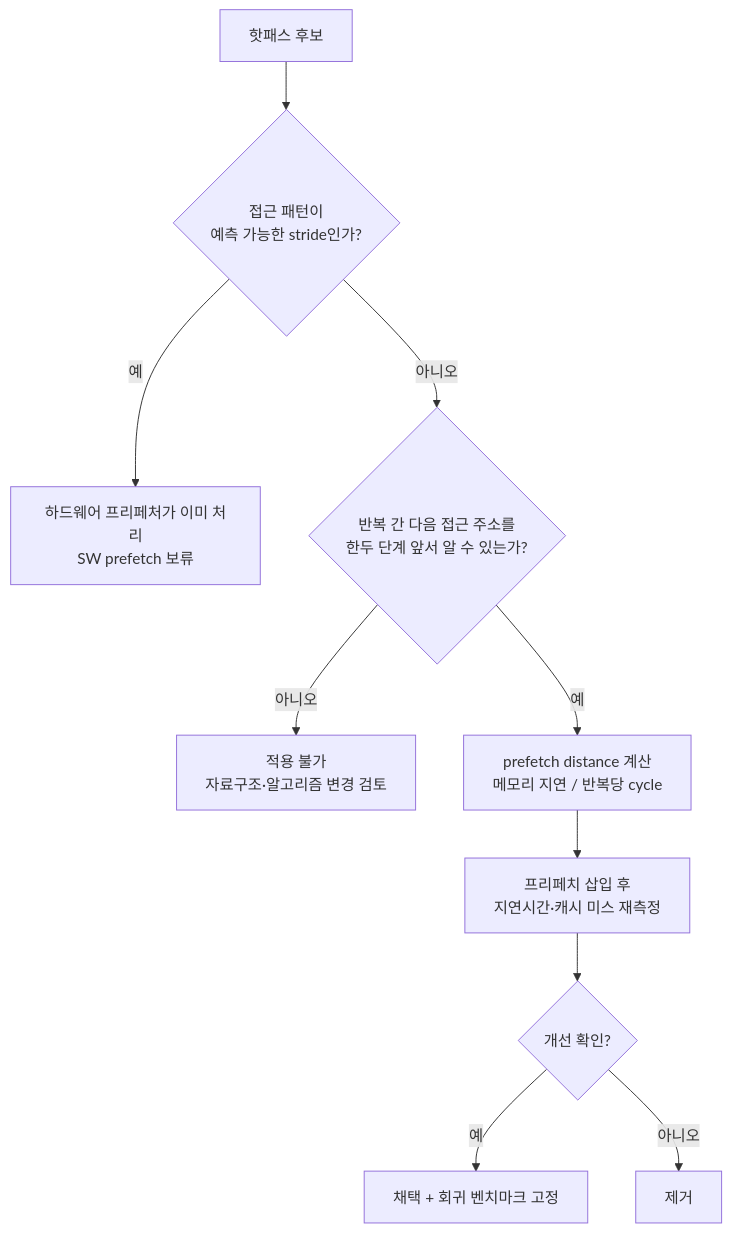
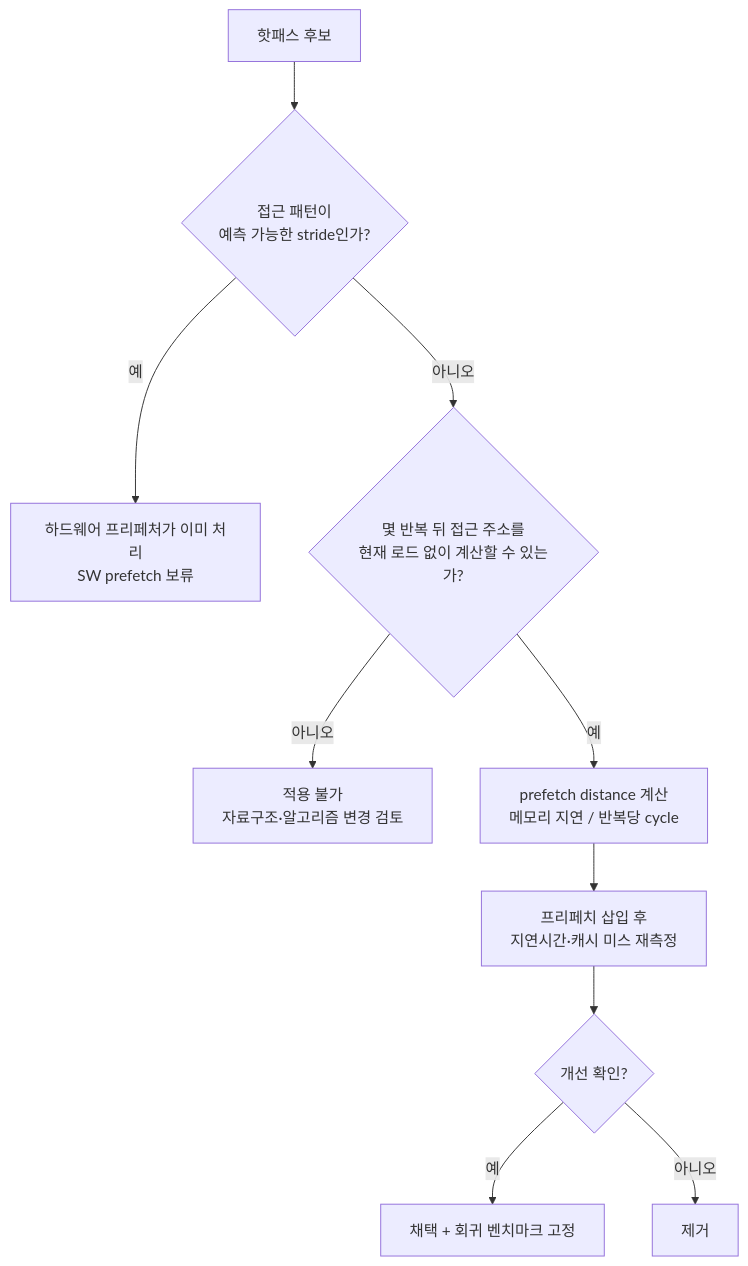
Before and after one commit to 42jerrykim/42jerrykim.github.io: the diagram in content/collection/optimization-08-optimization-techniques/05-prefetch-strategy/index.md, drawn with Mermaid. The commit also changed other lines of this file and 1 other file, not shown here.

````diff
--- a/content/collection/optimization-08-optimization-techniques/05-prefetch-strategy/index.md
+++ b/content/collection/optimization-08-optimization-techniques/05-prefetch-strategy/index.md
@@ -221,12 +193,12 @@
 ```mermaid
 flowchart TD
   start["핫패스 후보"] --> regular{"접근 패턴이</br>예측 가능한 stride인가?"}
   regular -->|"예"| hwCovers["하드웨어 프리페처가 이미 처리</br>SW prefetch 보류"]
-  regular -->|"아니오"| irregular{"반복 간 다음 접근 주소를</br>한두 단계 앞서 알 수 있는가?"}
+  regular -->|"아니오"| irregular{"몇 반복 뒤 접근 주소를</br>현재 로드 없이 계산할 수 있는가?"}
   irregular -->|"아니오"| skip["적용 불가</br>자료구조·알고리즘 변경 검토"]
   irregular -->|"예"| distance["prefetch distance 계산</br>메모리 지연 / 반복당 cycle"]
   distance --> measure["프리페치 삽입 후</br>지연시간·캐시 미스 재측정"]
   measure --> gain{"개선 확인?"}
   gain -->|"예"| adopt["채택 + 회귀 벤치마크 고정"]
   gain -->|"아니오"| revert["제거"]
 ```
````
